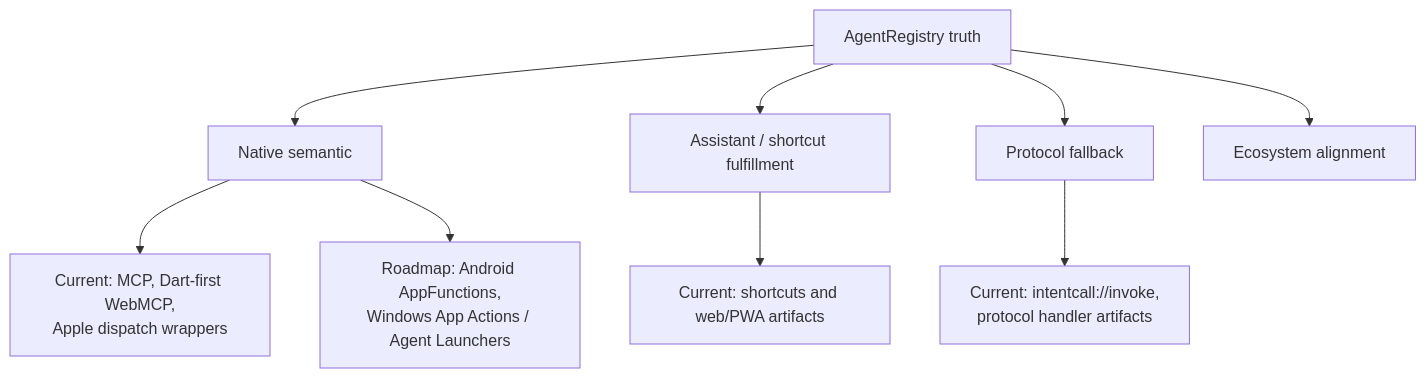
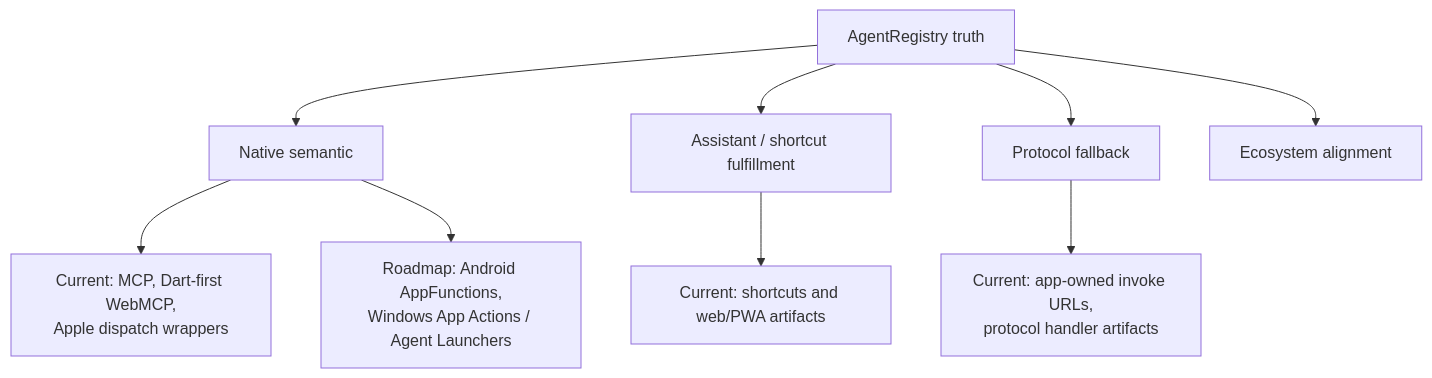
One commit to Arenukvern/intentcall changed the diagram in docs/NORTH_STAR.mdx. Above: the diagram before and after it, drawn with Mermaid. The commit also changed other lines of this file and 32 other files, not shown here.

````diff
--- a/docs/NORTH_STAR.mdx
+++ b/docs/NORTH_STAR.mdx
@@ -17,11 +17,11 @@
 ```mermaid
 flowchart TB
   registry["AgentRegistry truth"] --> native["Native semantic"]
   registry --> assistant["Assistant / shortcut fulfillment"]
   registry --> fallback["Protocol fallback"]
   registry --> ecosystem["Ecosystem alignment"]
   native --> nativeNow["Current: MCP, Dart-first WebMCP,\nApple dispatch wrappers"]
   native --> nativeLater["Roadmap: Android AppFunctions,\nWindows App Actions / Agent Launchers"]
   assistant --> assistantNow["Current: shortcuts and web/PWA artifacts"]
-  fallback --> fallbackNow["Current: intentcall://invoke,\nprotocol handler artifacts"]
+  fallback --> fallbackNow["Current: app-owned invoke URLs,\nprotocol handler artifacts"]
 ```
````
